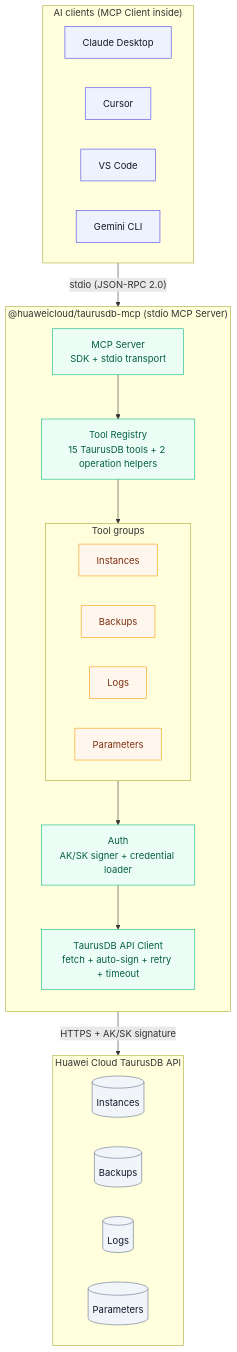
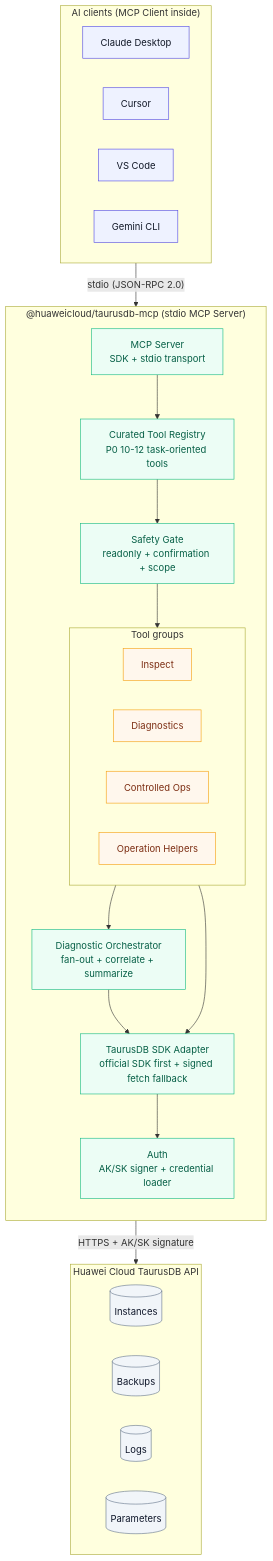
Before and after one commit to youweichen0208/blog: the first of 3 diagrams in docs/projects/taurus-mcp-server/taurusdb-architecture.md, drawn with Mermaid. The commit also changed other lines of this file and 1 other file, not shown here.

````diff
--- a/docs/projects/taurus-mcp-server/taurusdb-architecture.md
+++ b/docs/projects/taurus-mcp-server/taurusdb-architecture.md
@@ -35,47 +36,53 @@
 ```mermaid
 flowchart TB
   %% layout
   classDef client fill:#EEF2FF,stroke:#4F46E5,color:#111827;
   classDef core fill:#ECFDF5,stroke:#10B981,color:#065F46;
   classDef tool fill:#FFF7ED,stroke:#F59E0B,color:#7C2D12;
   classDef cloud fill:#F1F5F9,stroke:#64748B,color:#0F172A;
 
   subgraph Clients["AI clients (MCP Client inside)"]
     direction LR
     C1["Claude Desktop"]:::client
     C2["Cursor"]:::client
     C3["VS Code"]:::client
     C4["Gemini CLI"]:::client
   end
 
   subgraph Server["@huaweicloud/taurusdb-mcp (stdio MCP Server)"]
     direction TB
 
     MCP["MCP Server\nSDK + stdio transport"]:::core
-    Reg["Tool Registry\n15 TaurusDB tools + 2 operation helpers"]:::core
+    Reg["Curated Tool Registry\nP0 10-12 task-oriented tools"]:::core
+    Gate["Safety Gate\nreadonly + confirmation + scope"]:::core
+    DX["Diagnostic Orchestrator\nfan-out + correlate + summarize"]:::core
 
     subgraph Toolset["Tool groups"]
       direction LR
-      T1["Instances"]:::tool
-      T2["Backups"]:::tool
-      T3["Logs"]:::tool
-      T4["Parameters"]:::tool
+      T1["Inspect"]:::tool
+      T2["Diagnostics"]:::tool
+      T3["Controlled Ops"]:::tool
+      T4["Operation Helpers"]:::tool
     end
 
     Auth["Auth\nAK/SK signer + credential loader"]:::core
-    Http["TaurusDB API Client\nfetch + auto-sign + retry + timeout"]:::core
+    SDK["TaurusDB SDK Adapter\nofficial SDK first + signed fetch fallback"]:::core
 
-    MCP --> Reg --> Toolset --> Auth --> Http
+    MCP --> Reg --> Gate --> Toolset
+    Toolset --> DX
+    Toolset --> SDK
+    DX --> SDK
+    SDK --> Auth
   end
 
   subgraph Huawei["Huawei Cloud TaurusDB API"]
     direction LR
     DB1[("Instances")]:::cloud
     DB2[("Backups")]:::cloud
     DB3[("Logs")]:::cloud
     DB4[("Parameters")]:::cloud
   end
 
   Clients -->|"stdio (JSON-RPC 2.0)"| MCP
-  Http -->|"HTTPS + AK/SK signature"| Huawei
+  SDK -->|"HTTPS + AK/SK signature"| Huawei
 ```
````
